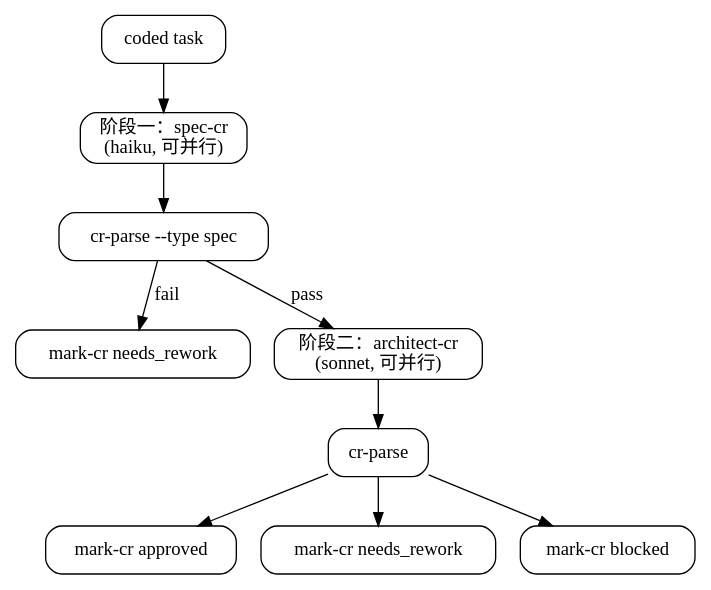
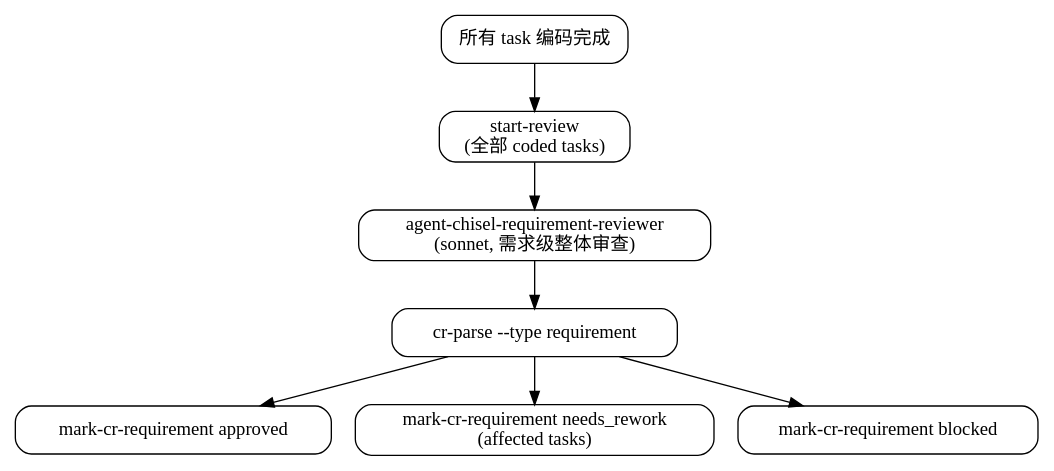
The diagram in skills/chisel-review/SKILL.md (Jxin-Cai/chisel), drawn with Graphviz before and after one commit. The commit also changed other lines of this file and 37 other files, not shown here.

````diff
--- a/skills/chisel-review/SKILL.md
+++ b/skills/chisel-review/SKILL.md
@@ -19,22 +17,17 @@
 ```dot
 digraph review_flow {
   rankdir=TB; node [shape=box, style=rounded];
-  coded [label="coded task"];
-  spec [label="阶段一：spec-cr\n(haiku, 可并行)"];
-  parse_spec [label="cr-parse --type spec"];
-  fail [label="mark-cr needs_rework"];
-  arch [label="阶段二：architect-cr\n(sonnet, 可并行)"];
-  parse_cr [label="cr-parse"];
-  approved [label="mark-cr approved"];
-  rework [label="mark-cr needs_rework"];
-  blocked [label="mark-cr blocked"];
+  all_coded [label="所有 task 编码完成"];
+  start_review [label="start-review\n(全部 coded tasks)"];
+  reviewer [label="agent-chisel-requirement-reviewer\n(sonnet, 需求级整体审查)"];
+  parse [label="cr-parse --type requirement"];
+  approved [label="mark-cr-requirement approved"];
+  rework [label="mark-cr-requirement needs_rework\n(affected tasks)"];
+  blocked [label="mark-cr-requirement blocked"];
 
-  coded -> spec -> parse_spec;
-  parse_spec -> fail [label="fail"];
-  parse_spec -> arch [label="pass"];
-  arch -> parse_cr;
-  parse_cr -> approved;
-  parse_cr -> rework;
-  parse_cr -> blocked;
+  all_coded -> start_review -> reviewer -> parse;
+  parse -> approved;
+  parse -> rework;
+  parse -> blocked;
 }
 ```
````
